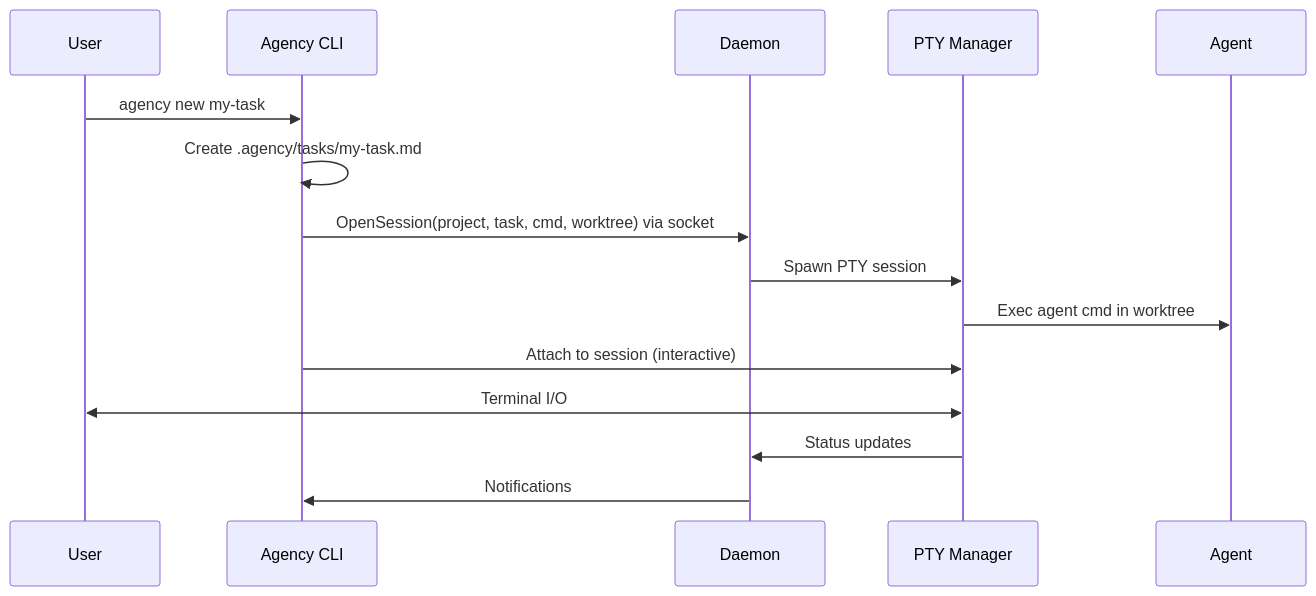
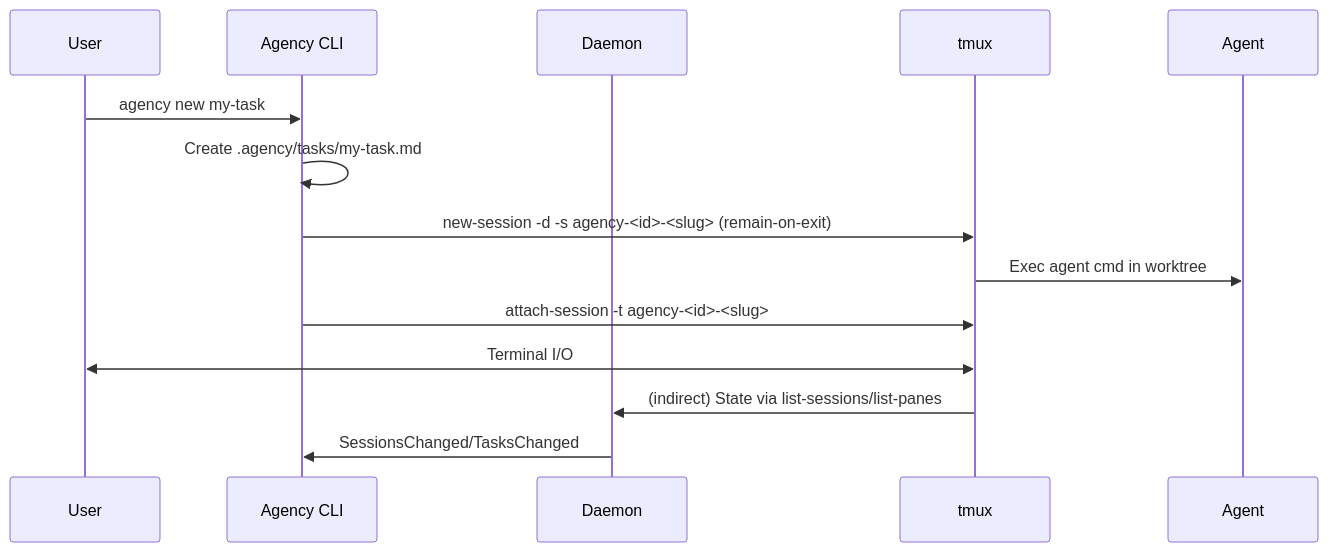
One commit to tobias-walle/agency changed the second of 2 diagrams in README.md. Above: the diagram before and after it, drawn with Mermaid. The commit also changed other lines of this file and 29 other files, not shown here.

Commit message:
feat: migrate from PTY to tmux sessions to avoid edge cases

````diff
--- a/README.md
+++ b/README.md
@@ -104,18 +112,17 @@
 ```mermaid
 sequenceDiagram
   participant U as User
   participant C as Agency CLI
   participant D as Daemon
-  participant P as PTY Manager
+  participant T as tmux
   participant A as Agent
 
   U->>C: agency new my-task
   C->>C: Create .agency/tasks/my-task.md
-  C->>D: OpenSession(project, task, cmd, worktree) via socket
-  D->>P: Spawn PTY session
-  P->>A: Exec agent cmd in worktree
-  C->>P: Attach to session (interactive)
-  U<<->>P: Terminal I/O
-  P->>D: Status updates
-  D->>C: Notifications
+  C->>T: new-session -d -s agency-<id>-<slug> (remain-on-exit)
+  T->>A: Exec agent cmd in worktree
+  C->>T: attach-session -t agency-<id>-<slug>
+  U<<->>T: Terminal I/O
+  T->>D: (indirect) State via list-sessions/list-panes
+  D->>C: SessionsChanged/TasksChanged
 ```
````
